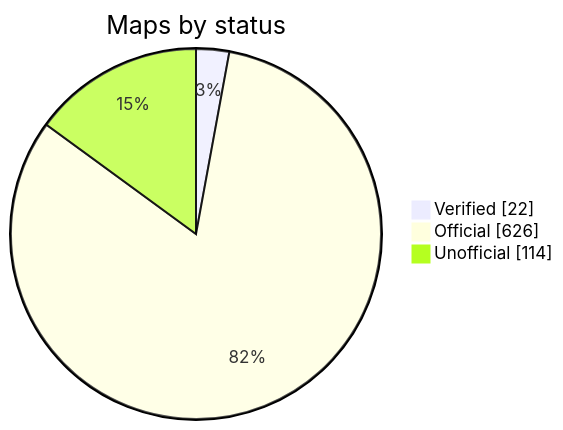
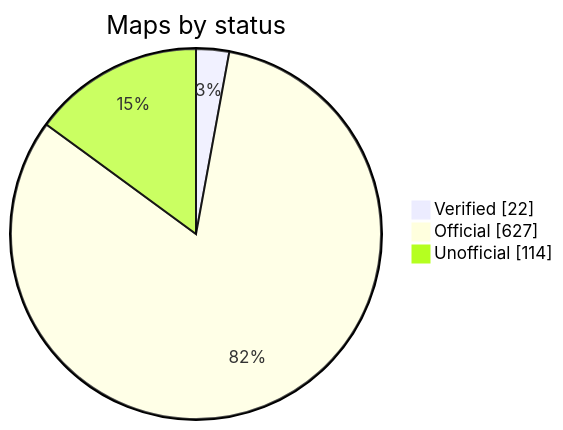
The diagram in README.md (nobrega8/mbmap-library), drawn with Mermaid before and after one commit. The commit also changed 6 other files, not shown here.

````diff
--- a/README.md
+++ b/README.md
@@ -52,7 +52,7 @@
 ```mermaid
 pie showData
     title Maps by status
     "Verified" : 22
-    "Official" : 626
+    "Official" : 627
     "Unofficial" : 114
 ```
````
